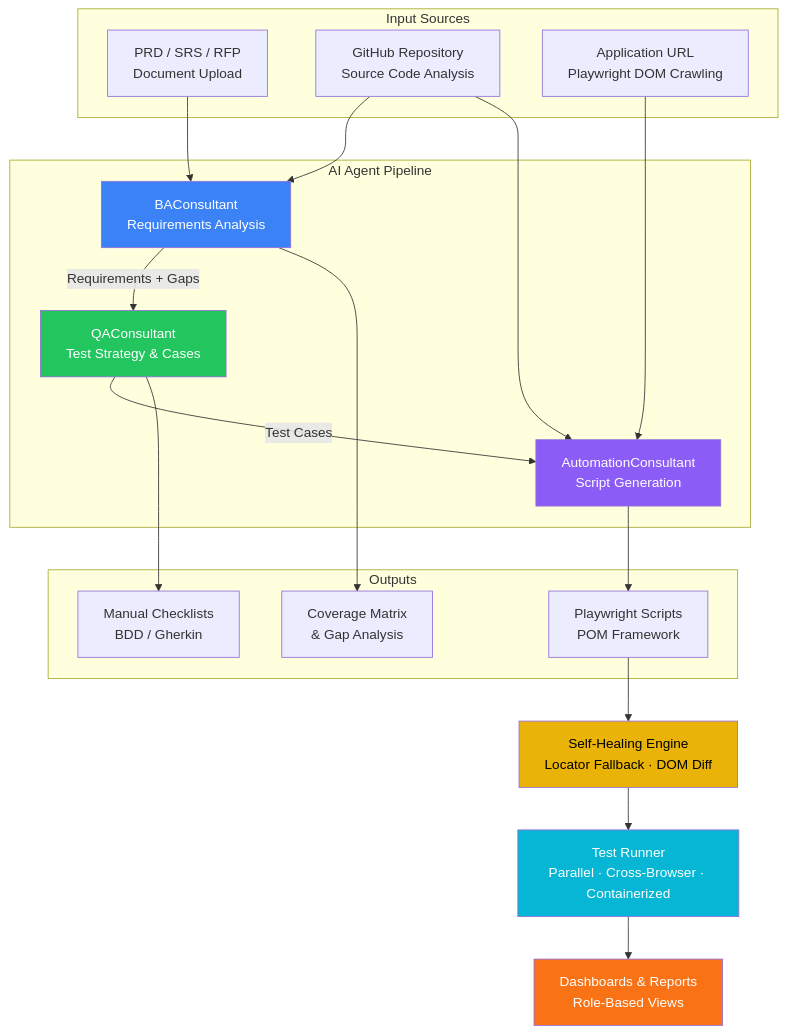
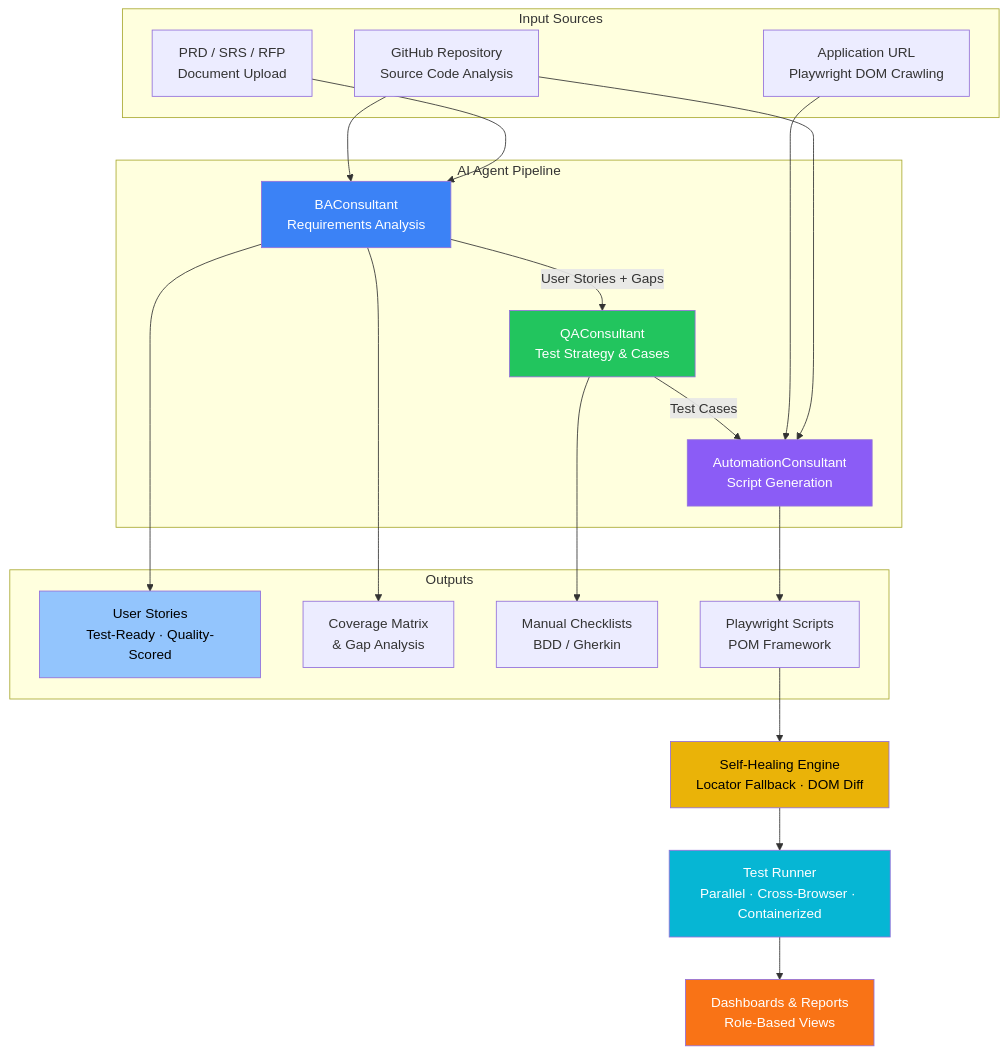
The first of 4 diagrams in docs/planning/prd.md (azfarhussain-10p/QUALISYS), drawn with Mermaid before and after one commit. The commit also changed 1 other file, not shown here.

Commit message:
Add Mermaid diagram in Readme.md file

````diff
--- a/docs/planning/prd.md
+++ b/docs/planning/prd.md
@@ -175,41 +175,44 @@
 ```mermaid
 graph TB
     subgraph "Input Sources"
         PRD["PRD / SRS / RFP<br/>Document Upload"]
         CODE["GitHub Repository<br/>Source Code Analysis"]
         APP["Application URL<br/>Playwright DOM Crawling"]
     end
 
     subgraph "AI Agent Pipeline"
         BA["BAConsultant<br/>Requirements Analysis"]
         QA["QAConsultant<br/>Test Strategy & Cases"]
         AUTO["AutomationConsultant<br/>Script Generation"]
     end
 
     subgraph "Outputs"
+        STORIES["User Stories<br/>Test-Ready · Quality-Scored"]
         COV["Coverage Matrix<br/>& Gap Analysis"]
         MANUAL["Manual Checklists<br/>BDD / Gherkin"]
         SCRIPTS["Playwright Scripts<br/>POM Framework"]
     end
 
     PRD --> BA
     CODE --> BA & AUTO
     APP --> AUTO
 
-    BA -->|Requirements + Gaps| QA
+    BA -->|User Stories + Gaps| QA
+    BA --> STORIES
     BA --> COV
     QA -->|Test Cases| AUTO
     QA --> MANUAL
     AUTO --> SCRIPTS
 
     SCRIPTS --> HEAL["Self-Healing Engine<br/>Locator Fallback · DOM Diff"]
     HEAL --> EXEC["Test Runner<br/>Parallel · Cross-Browser · Containerized"]
     EXEC --> DASH["Dashboards & Reports<br/>Role-Based Views"]
 
     style BA fill:#3b82f6,color:#fff
     style QA fill:#22c55e,color:#fff
     style AUTO fill:#8b5cf6,color:#fff
+    style STORIES fill:#93c5fd,color:#000
     style HEAL fill:#eab308,color:#000
     style EXEC fill:#06b6d4,color:#fff
     style DASH fill:#f97316,color:#fff
 ```
````
